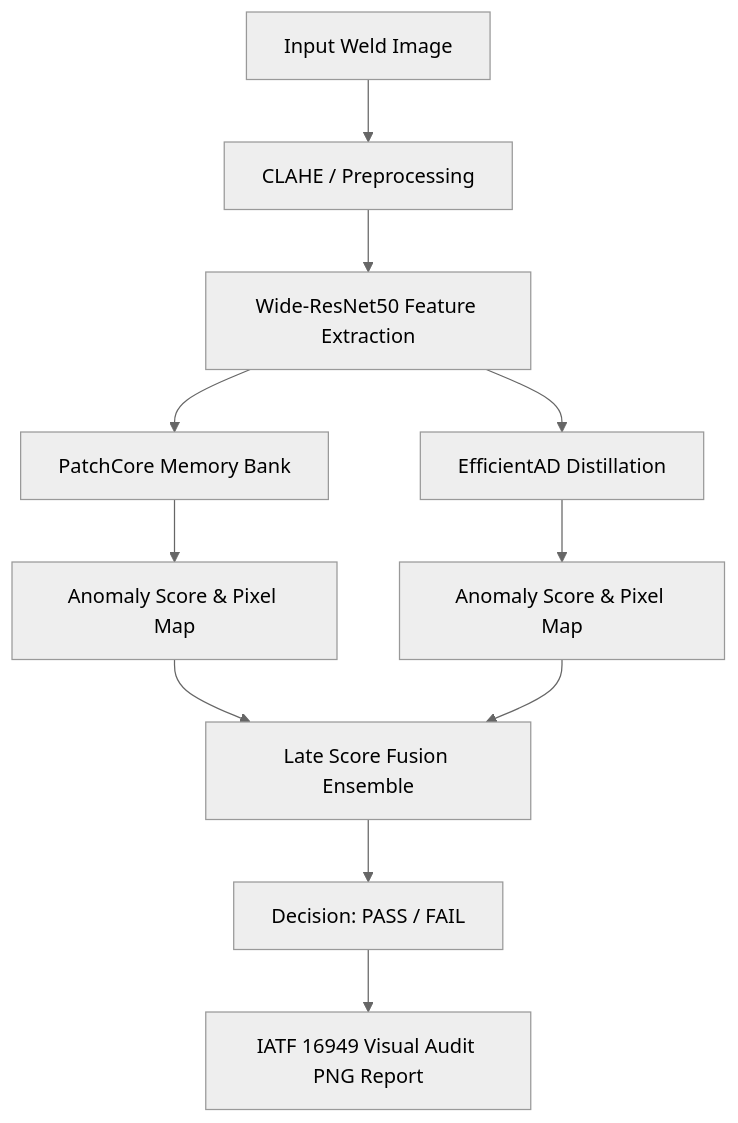
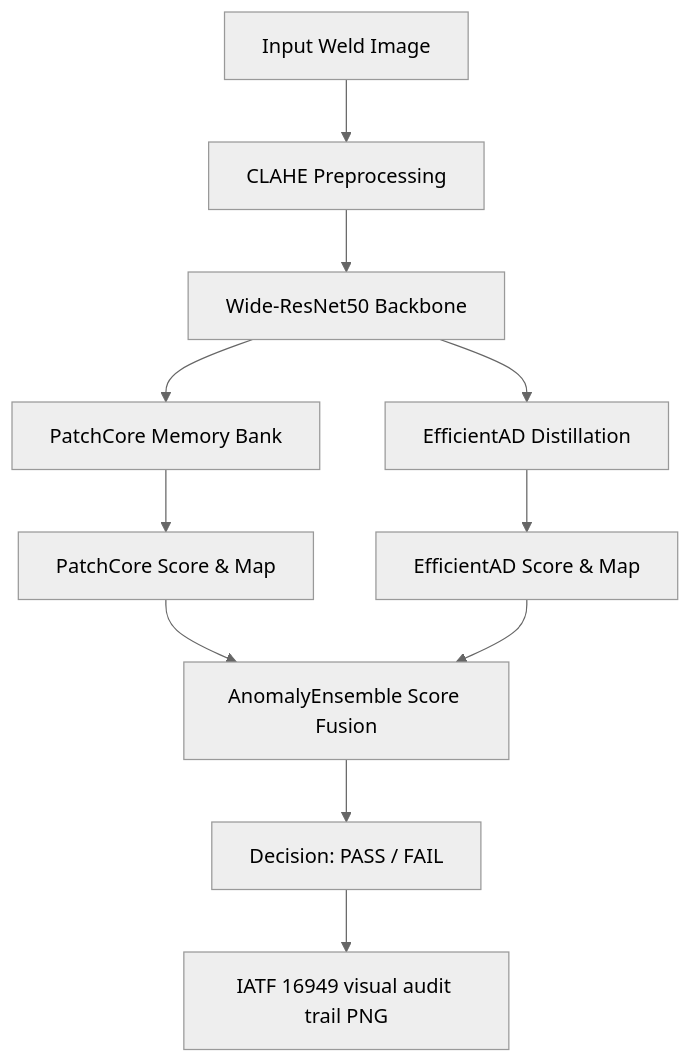
Before and after one commit to shaikhadibbb/AutoWeld-Vision: the diagram in README.md, drawn with Mermaid (neutral theme). The commit also changed other lines of this file, not shown here.

````diff
--- a/README.md
+++ b/README.md
@@ -30,12 +32,12 @@
 ```mermaid
 graph TD
-    A[Input Weld Image] --> B[CLAHE / Preprocessing]
-    B --> C[Wide-ResNet50 Feature Extraction]
+    A[Input Weld Image] --> B[CLAHE Preprocessing]
+    B --> C[Wide-ResNet50 Backbone]
     C --> D[PatchCore Memory Bank]
     C --> E[EfficientAD Distillation]
-    D --> F[Anomaly Score & Pixel Map]
-    E --> G[Anomaly Score & Pixel Map]
-    F & G --> H[Late Score Fusion Ensemble]
+    D --> F[PatchCore Score & Map]
+    E --> G[EfficientAD Score & Map]
+    F & G --> H[AnomalyEnsemble Score Fusion]
     H --> I[Decision: PASS / FAIL]
-    I --> J[IATF 16949 Visual Audit PNG Report]
+    I --> J[IATF 16949 visual audit trail PNG]
 ```
````
